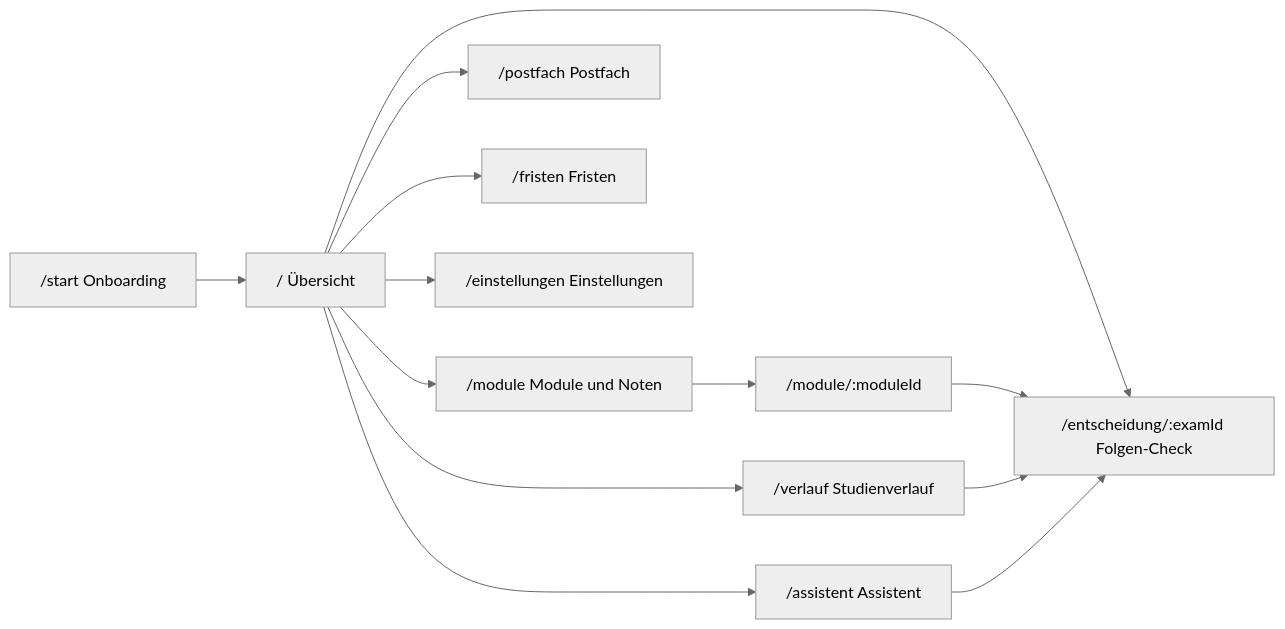
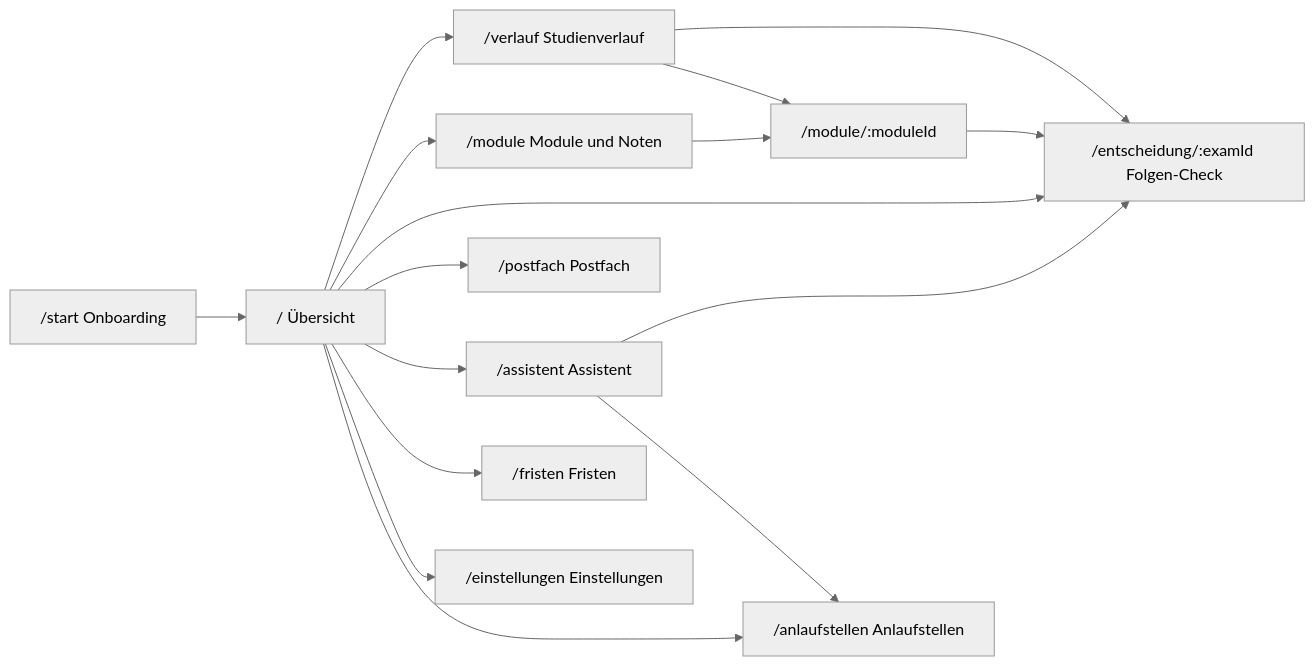
Before and after one commit to lucasstrubel/studicompass: the first of 2 diagrams in docs/KONZEPT.md, drawn with Mermaid (neutral theme). The commit also changed other lines of this file and 5 other files, not shown here.

````diff
--- a/docs/KONZEPT.md
+++ b/docs/KONZEPT.md
@@ -192,15 +207,18 @@
 ```mermaid
 flowchart LR
   start["/start Onboarding"] --> dash["/ Übersicht"]
   dash --> verlauf["/verlauf Studienverlauf"]
   dash --> module["/module Module und Noten"]
   module --> detail["/module/:moduleId"]
   dash --> check["/entscheidung/:examId Folgen-Check"]
   detail --> check
   verlauf --> check
   dash --> postfach["/postfach Postfach"]
   dash --> assistent["/assistent Assistent"]
   assistent --> check
   dash --> fristen["/fristen Fristen"]
   dash --> settings["/einstellungen Einstellungen"]
+  verlauf --> detail
+  dash --> anlaufstellen["/anlaufstellen Anlaufstellen"]
+  assistent --> anlaufstellen
 ```
````
